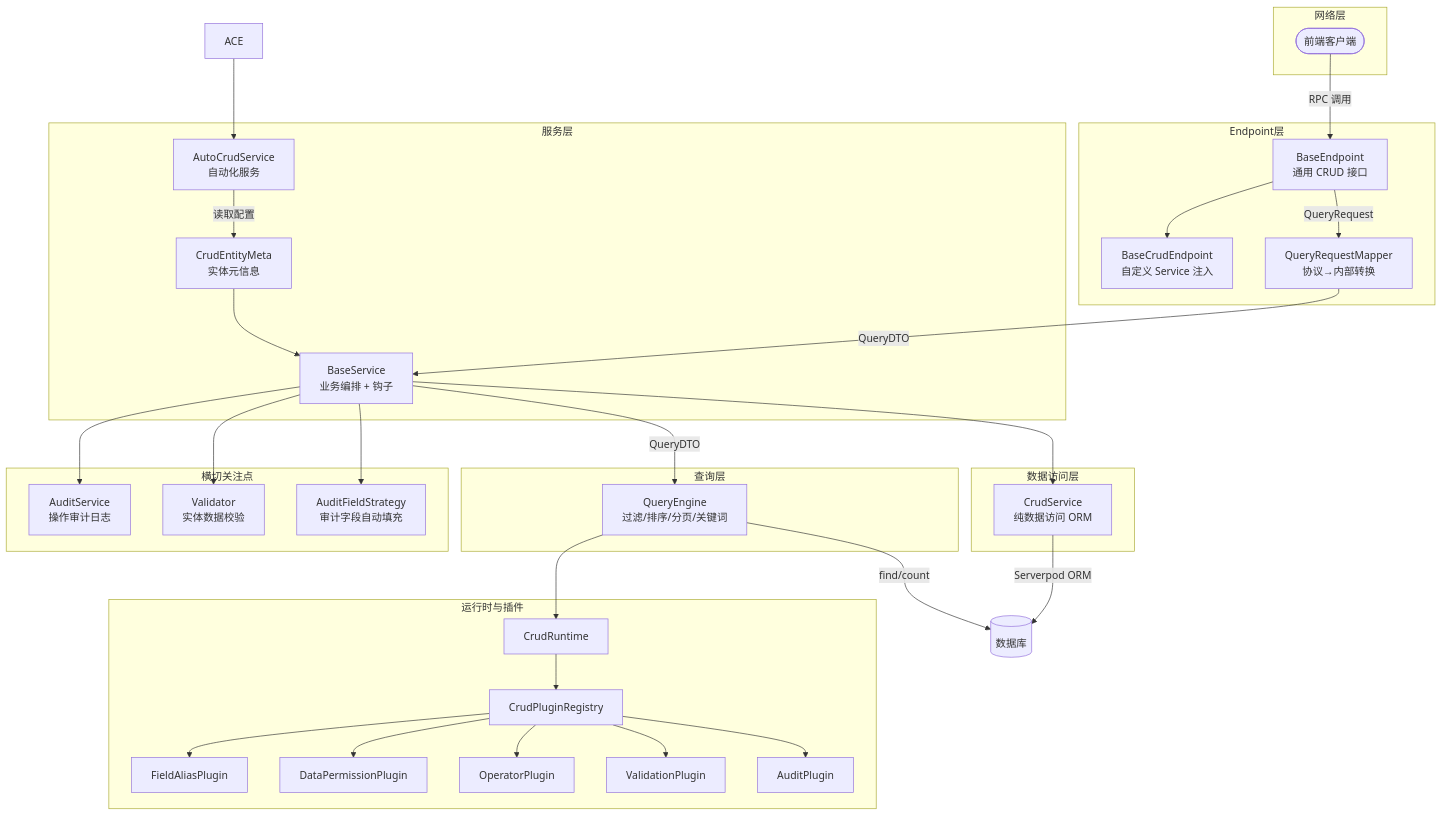
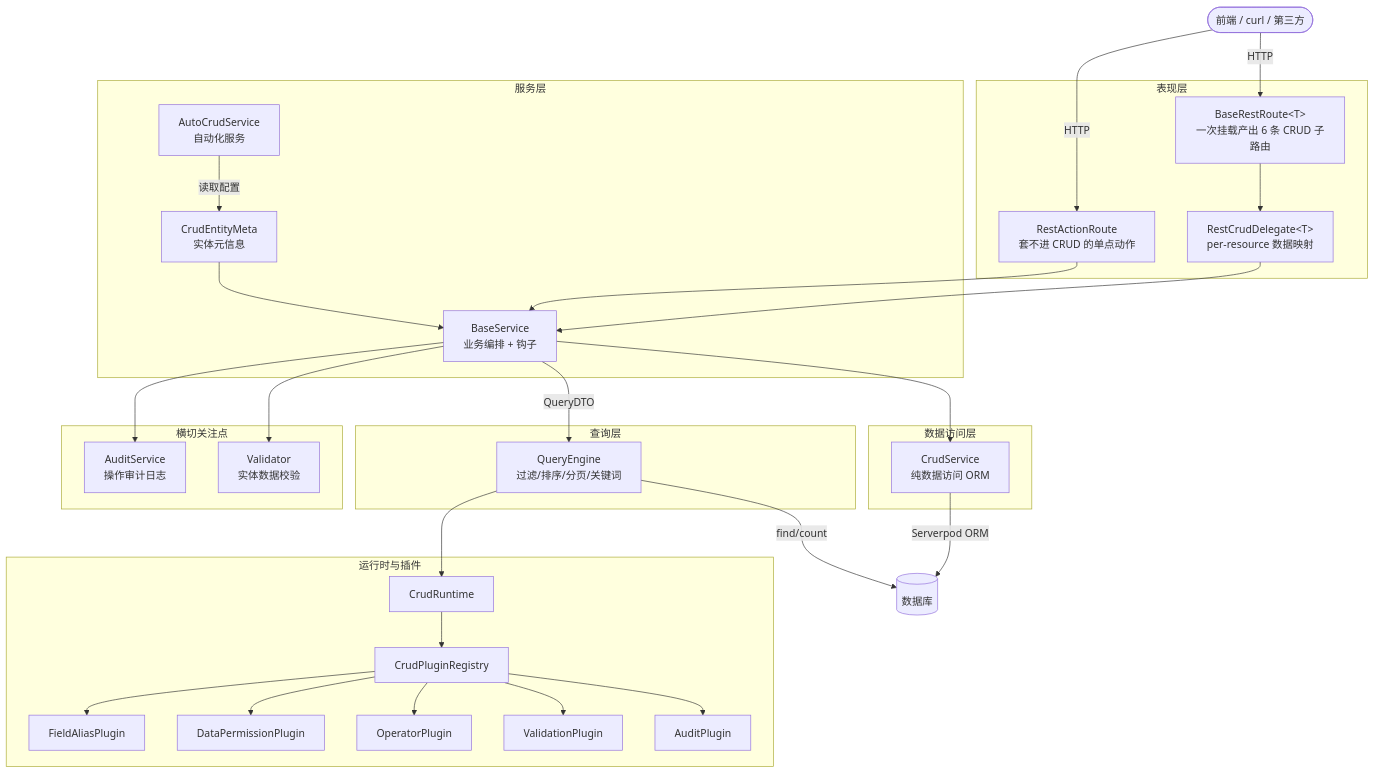
One commit to coderxsle/flutter_web_admin changed the first of 8 diagrams in serverpod_crud/README.md. Above: the diagram before and after it, drawn with Mermaid. The commit also changed other lines of this file and 351 other files, not shown here.

````diff
--- a/serverpod_crud/README.md
+++ b/serverpod_crud/README.md
@@ -77,58 +84,53 @@
 ```mermaid
 graph TB
-    subgraph 网络层
-        Client([前端客户端])
-    end
-
-    subgraph Endpoint层
-        BE[BaseEndpoint<br/>通用 CRUD 接口]
-        BSE[BaseCrudEndpoint<br/>自定义 Service 注入]
-        QRM[QueryRequestMapper<br/>协议→内部转换]
+    subgraph 表现层
+        RRT[BaseRestRoute&lt;T&gt;<br/>一次挂载产出 6 条 CRUD 子路由]
+        RAR[RestActionRoute<br/>套不进 CRUD 的单点动作]
+        DEL[RestCrudDelegate&lt;T&gt;<br/>per-resource 数据映射]
     end
 
     subgraph 服务层
         ACS[AutoCrudService<br/>自动化服务]
         BS[BaseService<br/>业务编排 + 钩子]
         CEM[CrudEntityMeta<br/>实体元信息]
     end
 
     subgraph 数据访问层
         CS[CrudService<br/>纯数据访问 ORM]
     end
 
     subgraph 查询层
         QE[QueryEngine<br/>过滤/排序/分页/关键词]
     end
 
     subgraph 运行时与插件
         RT[CrudRuntime]
         PR[CrudPluginRegistry]
         P1[FieldAliasPlugin]
         P2[DataPermissionPlugin]
         P3[OperatorPlugin]
         P4[ValidationPlugin]
         P5[AuditPlugin]
     end
 
     subgraph 横切关注点
         AUD[AuditService<br/>操作审计日志]
         VAL[Validator<br/>实体数据校验]
-        AFS[AuditFieldStrategy<br/>审计字段自动填充]
     end
 
-    Client -->|RPC 调用| BE
-    BE --> BSE
-    BE -->|QueryRequest| QRM
-    QRM -->|QueryDTO| BS
-    ACE --> ACS
+    Client([前端 / curl / 第三方]) -->|HTTP| RRT
+    Client -->|HTTP| RAR
+    RRT --> DEL
+    DEL --> BS
+    RAR --> BS
     ACS -->|读取配置| CEM
     CEM --> BS
     BS --> CS
     BS -->|QueryDTO| QE
     QE --> RT
     RT --> PR
     PR --> P1 & P2 & P3 & P4 & P5
-    BS --> AUD & VAL & AFS
+    BS --> AUD & VAL
     CS -->|Serverpod ORM| DB[(数据库)]
     QE -->|find/count| DB
 ```
````
